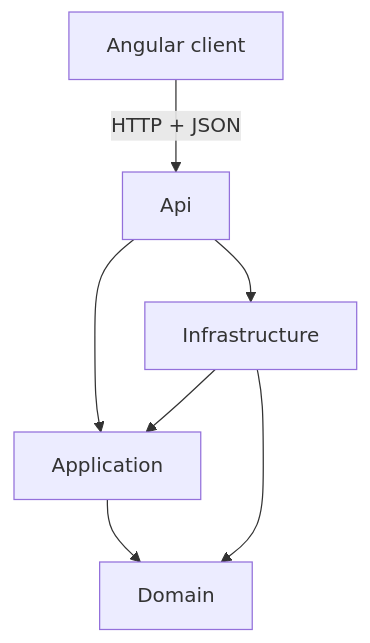
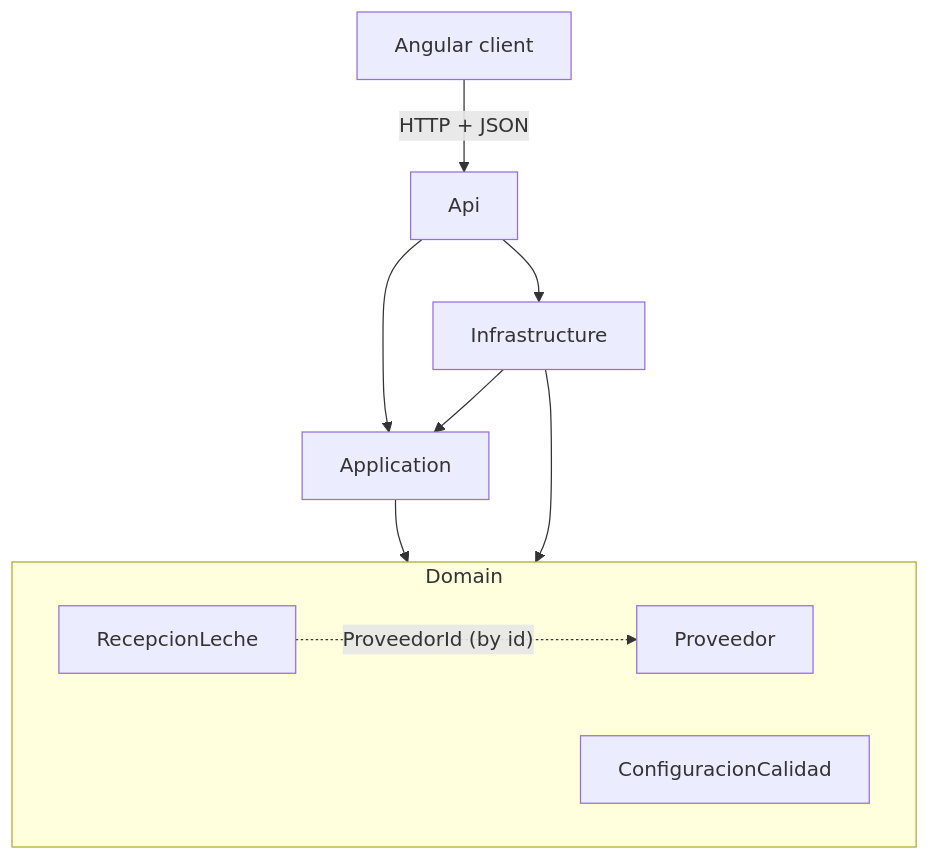
Before and after one commit to isaias-muga/DairyControl: the diagram in README.md, drawn with Mermaid. The commit also changed other lines of this file, not shown here.

````diff
--- a/README.md
+++ b/README.md
@@ -83,9 +63,16 @@
 ```mermaid
 graph TD
     Client["Angular client"] -->|HTTP + JSON| Api
     Api --> Application
     Api --> Infrastructure
     Infrastructure --> Application
     Infrastructure --> Domain
     Application --> Domain
+
+    subgraph Domain
+        Proveedor
+        RecepcionLeche
+        ConfiguracionCalidad
+        RecepcionLeche -.->|"ProveedorId (by id)"| Proveedor
+    end
 ```
````
